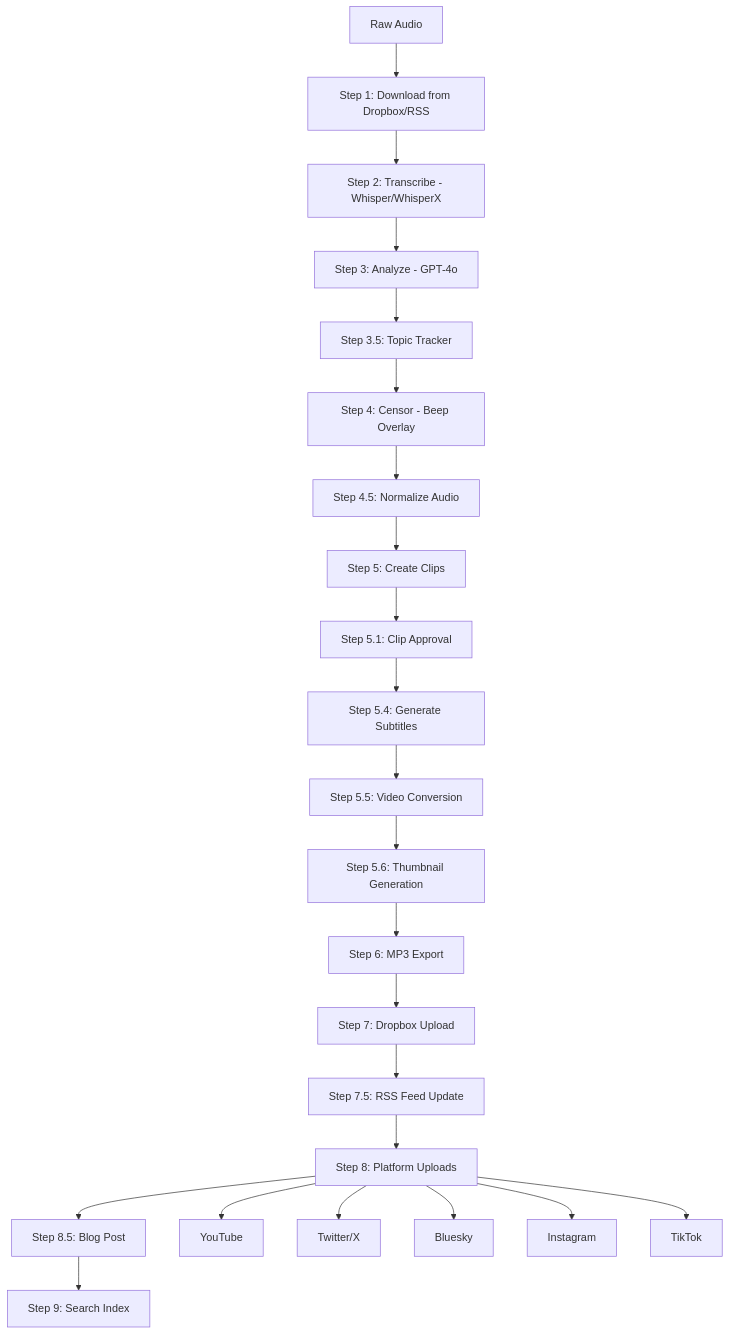
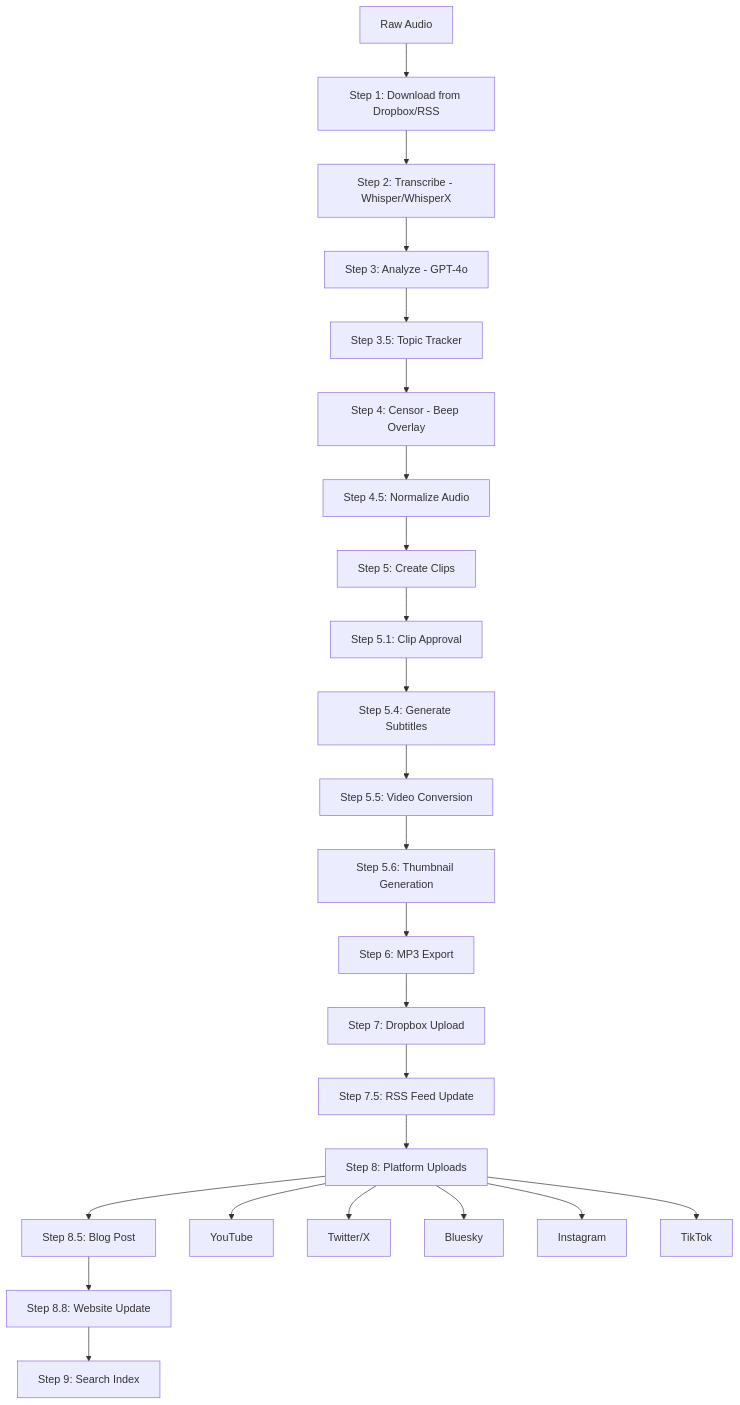
Before and after one commit to evanperez55/podcast-automation: the diagram in docs/system-architecture.md, drawn with Mermaid. The commit also changed other lines of this file, not shown here.

Commit message:
docs: update system-architecture with website generator, GitHub Actions, security audit

````diff
--- a/docs/system-architecture.md
+++ b/docs/system-architecture.md
@@ -33,26 +34,27 @@
 ```mermaid
 flowchart TD
     A[Raw Audio] --> B[Step 1: Download from Dropbox/RSS]
     B --> C[Step 2: Transcribe - Whisper/WhisperX]
     C --> D[Step 3: Analyze - GPT-4o]
     D --> D2[Step 3.5: Topic Tracker]
     D2 --> E[Step 4: Censor - Beep Overlay]
     E --> F[Step 4.5: Normalize Audio]
     F --> G[Step 5: Create Clips]
     G --> H[Step 5.1: Clip Approval]
     H --> I[Step 5.4: Generate Subtitles]
     I --> J[Step 5.5: Video Conversion]
     J --> K[Step 5.6: Thumbnail Generation]
     K --> L[Step 6: MP3 Export]
     L --> M[Step 7: Dropbox Upload]
     M --> N[Step 7.5: RSS Feed Update]
     N --> O[Step 8: Platform Uploads]
     O --> P[Step 8.5: Blog Post]
-    P --> Q[Step 9: Search Index]
+    P --> P2[Step 8.8: Website Update]
+    P2 --> Q[Step 9: Search Index]
 
     O --> O1[YouTube]
     O --> O2[Twitter/X]
     O --> O3[Bluesky]
     O --> O4[Instagram]
     O --> O5[TikTok]
 ```
````
